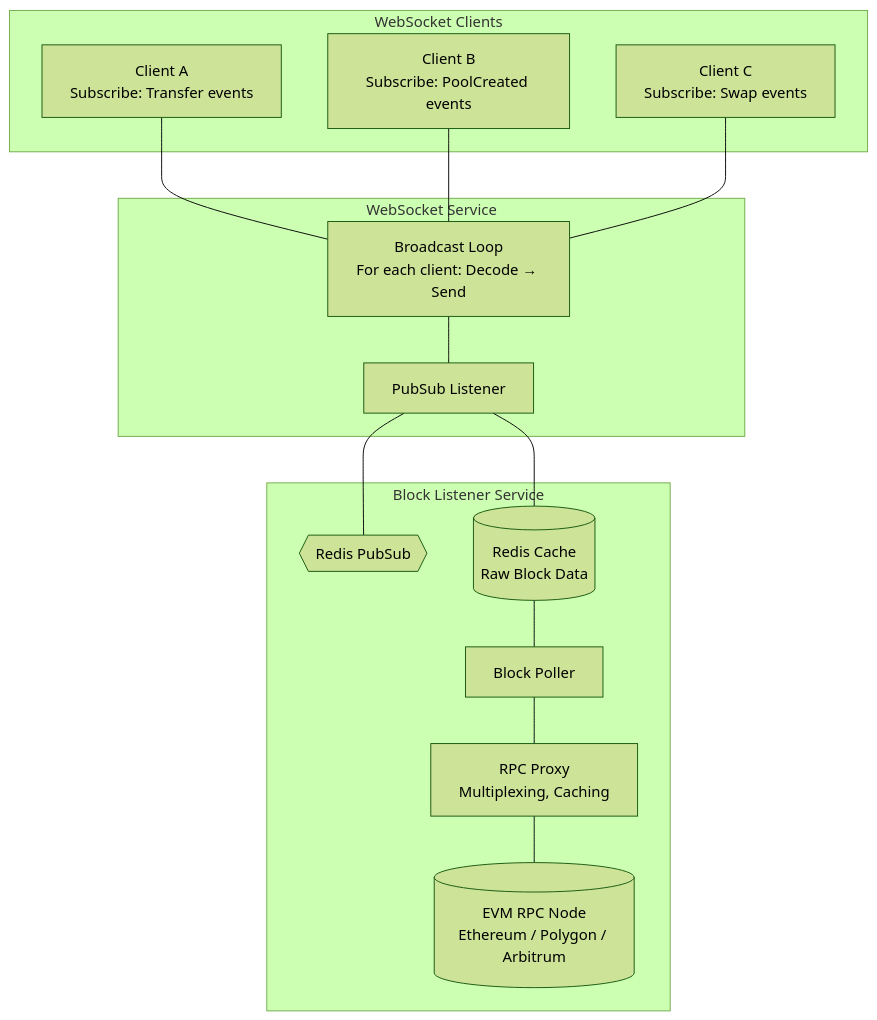
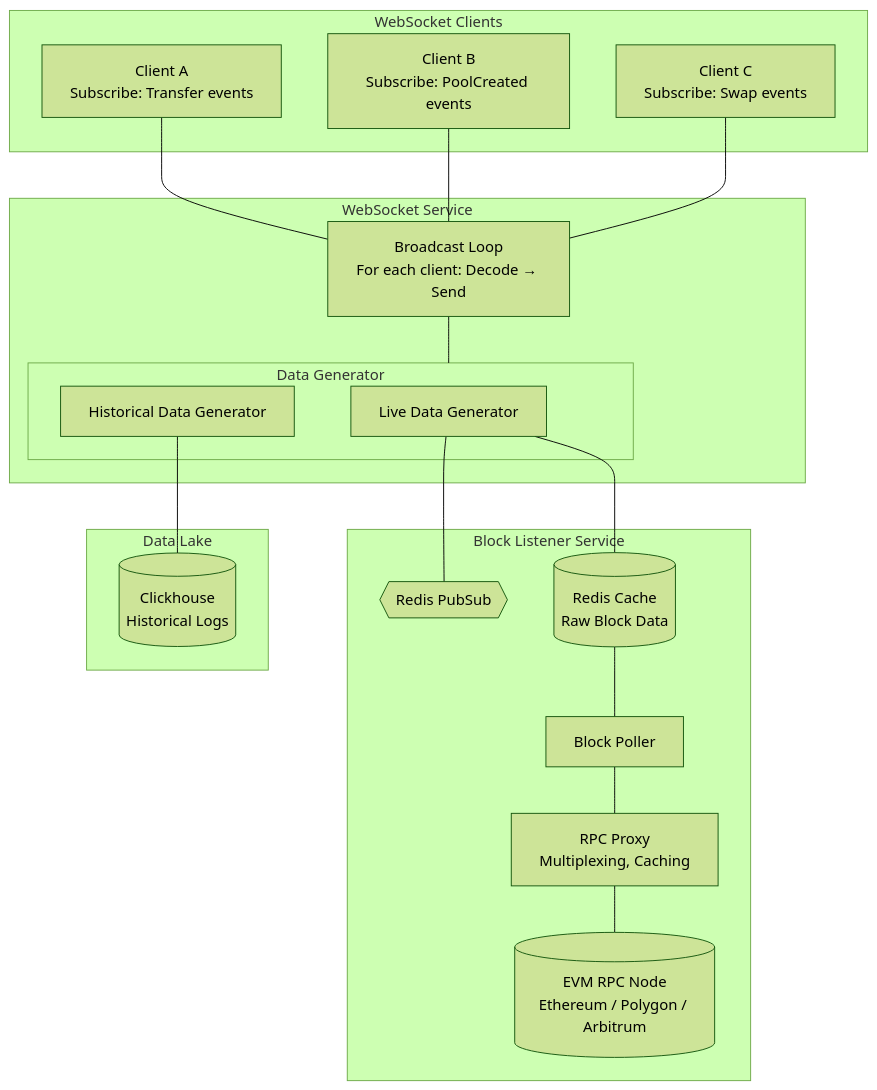
The diagram in README.md (martkir/evm-event-indexer), drawn with Mermaid (forest theme) before and after one commit. The commit also changed other lines of this file, not shown here.

Commit message:
added historical query section and removed webhook service

````diff
--- a/README.md
+++ b/README.md
@@ -301,33 +287,41 @@
 ```mermaid
 flowchart TB
     subgraph Clients["WebSocket Clients"]
         Client1[Client A<br/>Subscribe: Transfer events]
         Client2[Client B<br/>Subscribe: PoolCreated events]
         Client3[Client C<br/>Subscribe: Swap events]
     end
 
     subgraph WS["WebSocket Service"]
         Broadcast[Broadcast Loop<br/>For each client: Decode → Send]
-        Listener[PubSub Listener]
+        subgraph DataGen["Data Generator"]
+            LiveGen[Live Data Generator]
+            HistGen[Historical Data Generator]
+        end
     end
 
     subgraph BlockService["Block Listener Service"]
         PubSub{{Redis PubSub}}
         Redis[(Redis Cache<br/>Raw Block Data)]
         Poller[Block Poller]
         Proxy[RPC Proxy<br/>Multiplexing, Caching]
         RPC[(EVM RPC Node<br/>Ethereum / Polygon / Arbitrum)]
     end
 
+    subgraph DataLake["Data Lake"]
+        Clickhouse[(Clickhouse<br/>Historical Logs)]
+    end
+
     Client1 --- Broadcast
     Client2 --- Broadcast
     Client3 --- Broadcast
 
-    Broadcast --- Listener
-    Listener --- PubSub
-    Listener --- Redis
+    Broadcast --- DataGen
+    LiveGen --- PubSub
+    LiveGen --- Redis
+    HistGen --- Clickhouse
     
     Redis --- Poller
     Poller --- Proxy
     Proxy --- RPC
 ```
````
